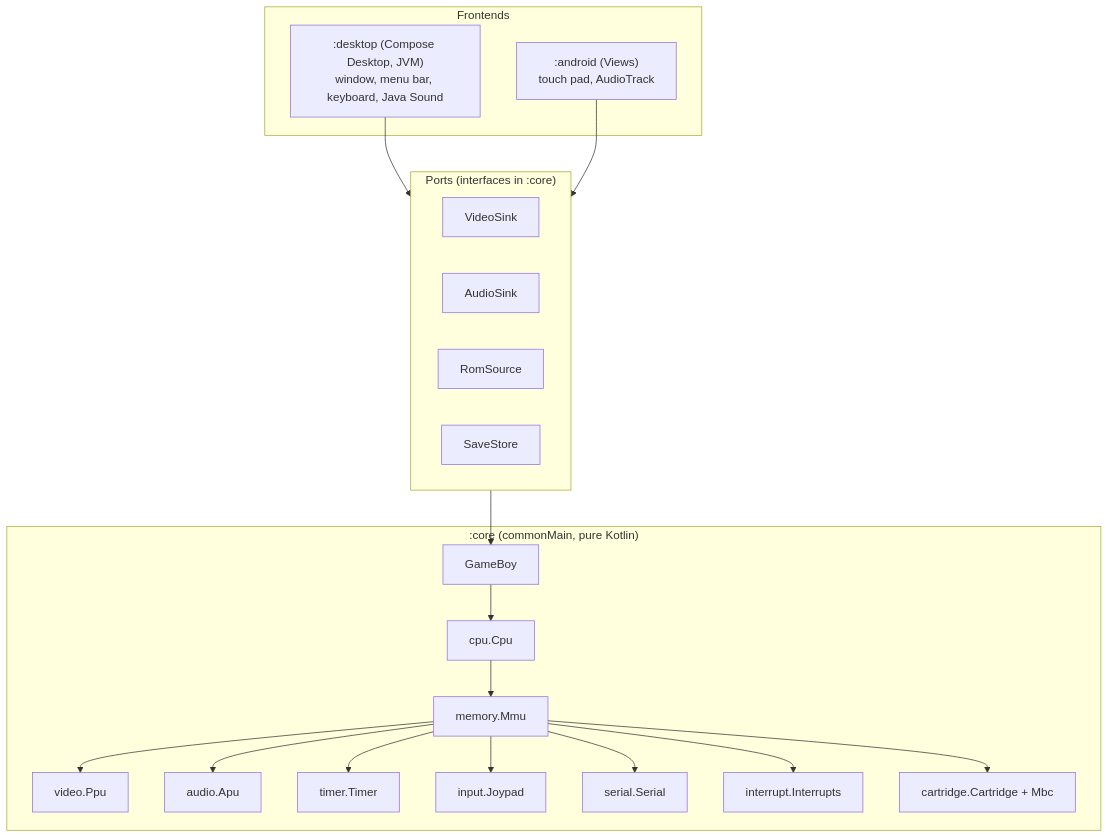
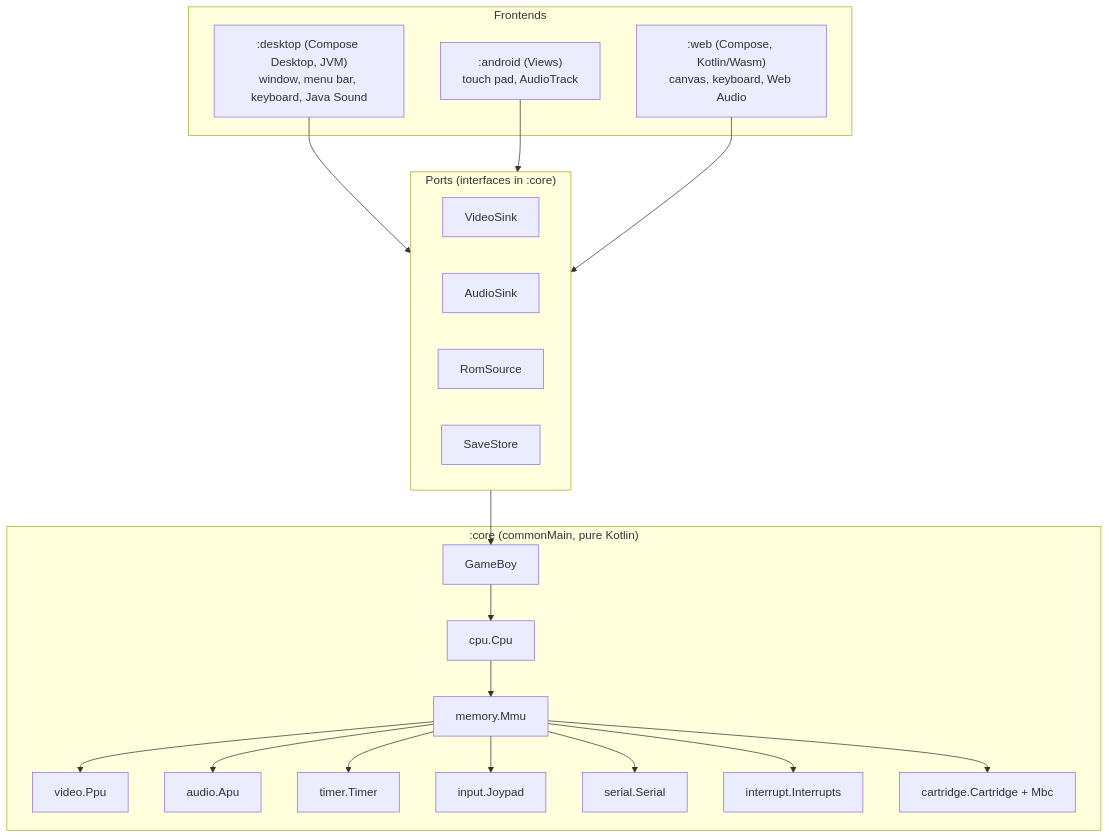
The second of 7 diagrams in README.md (mrcsxsiq/KGameBoy), drawn with Mermaid before and after one commit. The commit also changed other lines of this file and 8 other files, not shown here.

First line of the commit message:
Add the :web module, a browser frontend in Compose and Kotlin/Wasm

````diff
--- a/README.md
+++ b/README.md
@@ -109,31 +113,33 @@
 ```mermaid
 flowchart TB
     subgraph Frontends
         D[":desktop (Compose Desktop, JVM)<br/>window, menu bar, keyboard, Java Sound"]
         A[":android (Views)<br/>touch pad, AudioTrack"]
+        W[":web (Compose, Kotlin/Wasm)<br/>canvas, keyboard, Web Audio"]
     end
     subgraph Ports["Ports (interfaces in :core)"]
         V[VideoSink]
         S[AudioSink]
         R[RomSource]
         SV[SaveStore]
     end
     subgraph Core[":core (commonMain, pure Kotlin)"]
         GB[GameBoy]
         CPU[cpu.Cpu]
         MMU[memory.Mmu]
         PPU[video.Ppu]
         APU[audio.Apu]
         TIM[timer.Timer]
         JOY[input.Joypad]
         SER[serial.Serial]
         INT[interrupt.Interrupts]
         CART[cartridge.Cartridge + Mbc]
     end
     D --> Ports
     A --> Ports
+    W --> Ports
     Ports --> GB
     GB --> CPU
     CPU --> MMU
     MMU --> PPU & APU & TIM & JOY & SER & INT & CART
 ```
````
